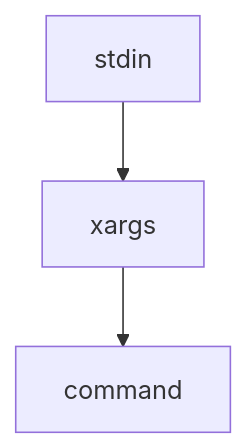
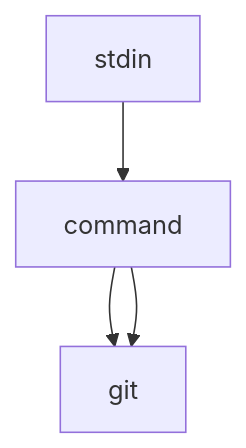
One commit to rangersly/material changed the diagram in tool/markdown.md. Above: the diagram before and after it, drawn with Mermaid. The commit also changed other lines of this file, not shown here.

````diff
--- a/tool/markdown.md
+++ b/tool/markdown.md
@@ -54,5 +62,6 @@
 ```mermaid
 graph TD
-    A[stdin] --> B[xargs]
-    B --> C[command]
+    A[stdin] --> B[command]
+    B --> C[xargs]
+    B --> C[git]
 ```
````
